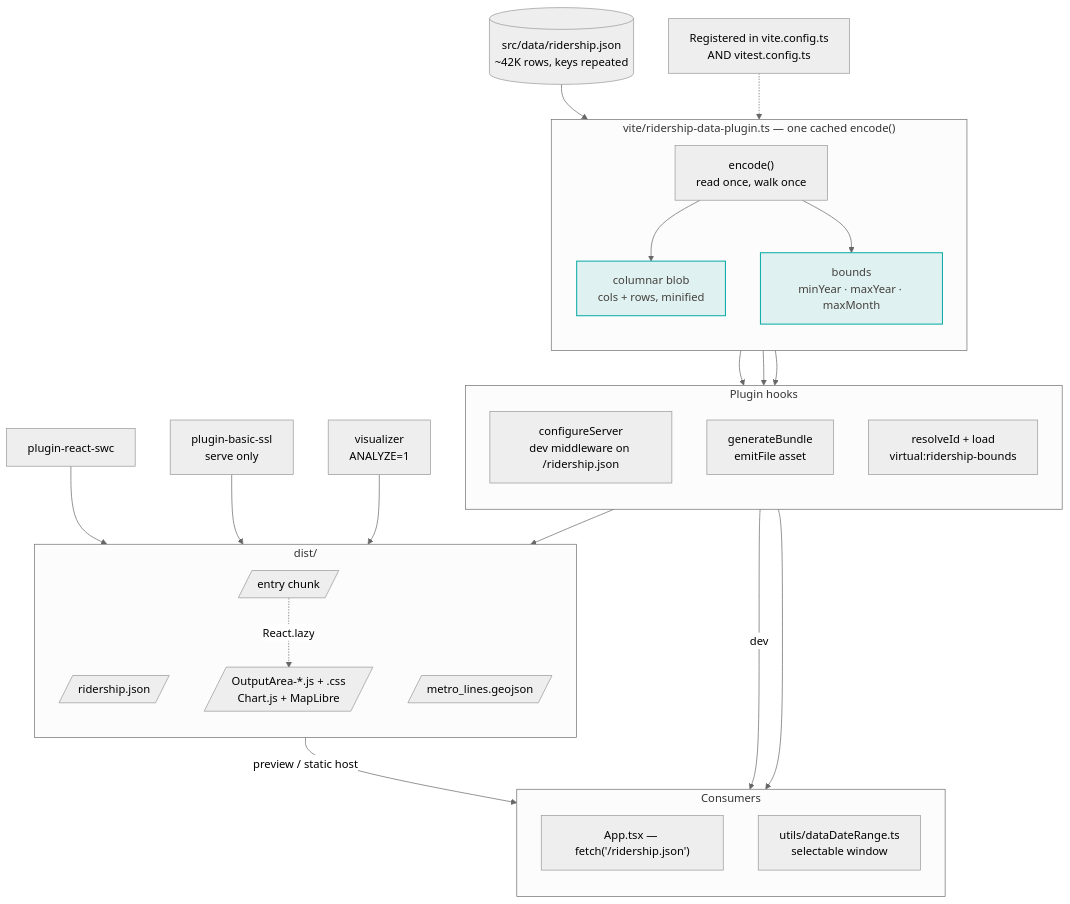
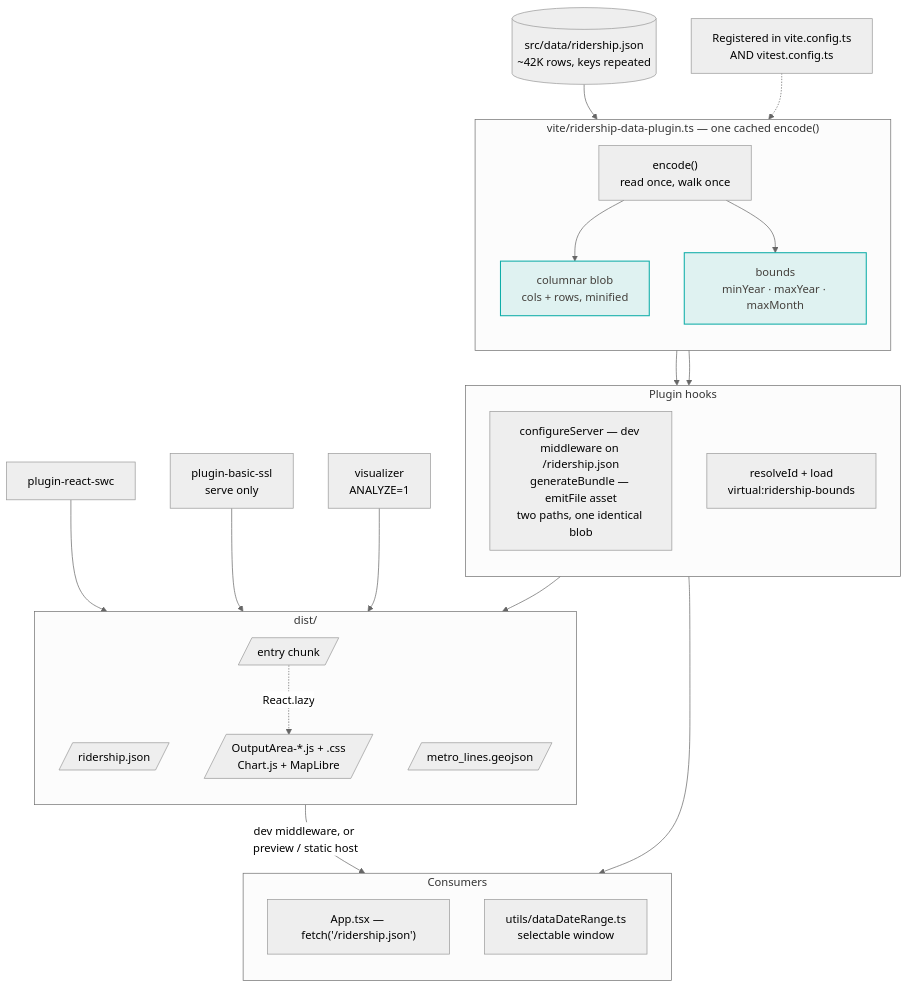
The diagram in docs/architecture/mermaid/04-build-pipeline.mmd (streetsforall/metro_ridership_app), drawn with Mermaid (neutral theme) before and after one commit. The commit also changed 9 other files, not shown here.

```diff
--- a/docs/architecture/mermaid/04-build-pipeline.mmd
+++ b/docs/architecture/mermaid/04-build-pipeline.mmd
@@ -1,56 +1,53 @@
 flowchart TB
   canonical[("src/data/ridership.json<br/>~42K rows, keys repeated")]
 
   subgraph plugin["vite/ridership-data-plugin.ts — one cached encode()"]
     direction TB
     encode["encode()<br/>read once, walk once"]
     blob["columnar blob<br/>cols + rows, minified"]
     bounds["bounds<br/>minYear · maxYear · maxMonth"]
     encode --> blob
     encode --> bounds
   end
 
   subgraph hooks["Plugin hooks"]
     direction TB
-    configureServer["configureServer<br/>dev middleware on /ridership.json"]
-    generateBundle["generateBundle<br/>emitFile asset"]
+    serveOrEmit["configureServer — dev middleware on /ridership.json<br/>generateBundle — emitFile asset<br/>two paths, one identical blob"]
     resolveLoad["resolveId + load<br/>virtual:ridership-bounds"]
   end
 
   subgraph out["dist/"]
     direction TB
     ridAsset[/"ridership.json"/]
     entryChunk[/"entry chunk"/]
     lazyChunk[/"OutputArea-*.js + .css<br/>Chart.js + MapLibre"/]
     geoAsset[/"metro_lines.geojson"/]
   end
 
   subgraph consumers["Consumers"]
     direction TB
     appFetch["App.tsx — fetch('/ridership.json')"]
     dateRange["utils/dataDateRange.ts<br/>selectable window"]
   end
 
   swc["plugin-react-swc"]
   ssl["plugin-basic-ssl<br/>serve only"]
   vis["visualizer<br/>ANALYZE=1"]
   registered["Registered in vite.config.ts<br/>AND vitest.config.ts"]
 
   canonical --> encode
-  blob --> configureServer
-  blob --> generateBundle
+  blob --> serveOrEmit
   bounds --> resolveLoad
 
-  generateBundle --> ridAsset
-  configureServer -- "dev" --> appFetch
-  ridAsset -- "preview / static host" --> appFetch
+  serveOrEmit --> ridAsset
+  ridAsset -- "dev middleware, or preview / static host" --> appFetch
   resolveLoad --> dateRange
 
   swc --> entryChunk
   entryChunk -. "React.lazy" .-> lazyChunk
   ssl --> out
   vis --> out
   registered -.-> encode
 
   classDef key fill:#dff2f1,stroke:#0fada8,stroke-width:1.5px,color:#44403c
   class blob,bounds key
```
